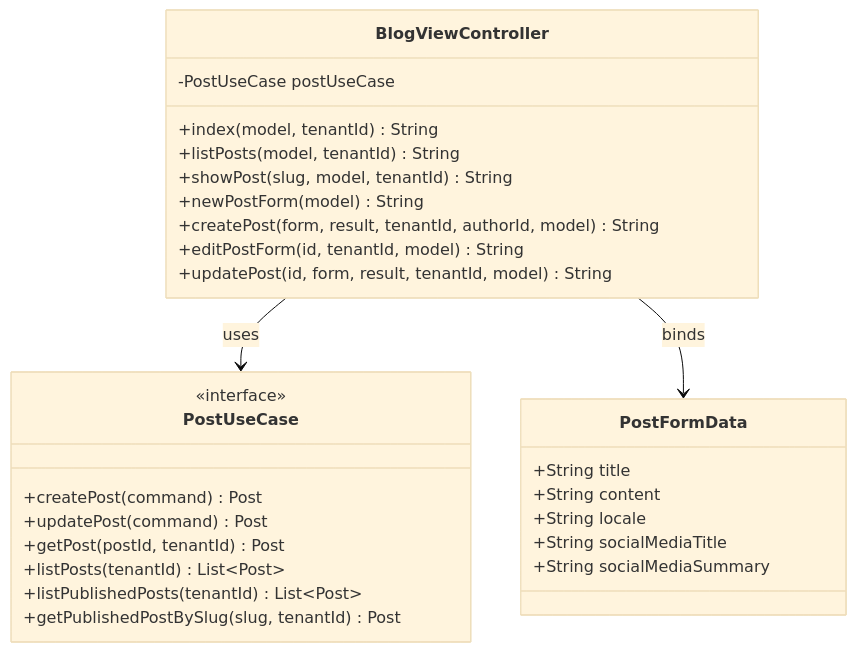
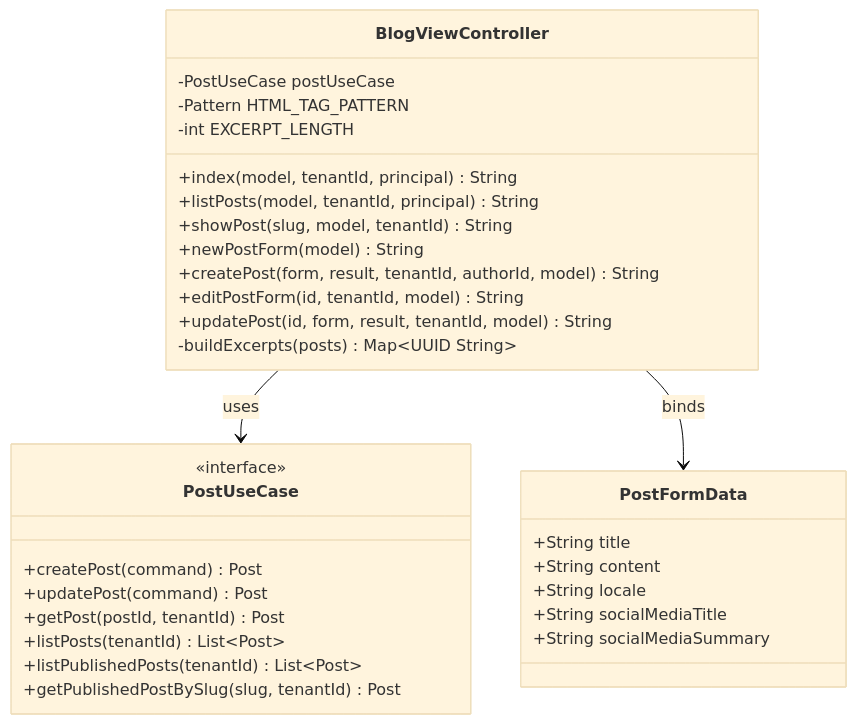
One commit to tomirgang/tomsblog changed the fourth of 12 diagrams in docs/design/modules/ROOT/pages/blog-content/index.adoc. Above: the diagram before and after it, drawn with Mermaid (base theme). The commit also changed other lines of this file and 5 other files, not shown here.

```diff
--- a/docs/design/modules/ROOT/pages/blog-content/index.adoc
+++ b/docs/design/modules/ROOT/pages/blog-content/index.adoc
@@ -350,35 +350,38 @@
 [mermaid]
 ----
 classDiagram
     class BlogViewController {
         -PostUseCase postUseCase
-        +index(model, tenantId) String
-        +listPosts(model, tenantId) String
+        -Pattern HTML_TAG_PATTERN
+        -int EXCERPT_LENGTH
+        +index(model, tenantId, principal) String
+        +listPosts(model, tenantId, principal) String
         +showPost(slug, model, tenantId) String
         +newPostForm(model) String
         +createPost(form, result, tenantId, authorId, model) String
         +editPostForm(id, tenantId, model) String
         +updatePost(id, form, result, tenantId, model) String
+        -buildExcerpts(posts) Map~UUID String~
     }
 
     class PostFormData {
         +String title
         +String content
         +String locale
         +String socialMediaTitle
         +String socialMediaSummary
     }
 
     class PostUseCase {
         <<interface>>
         +createPost(command) Post
         +updatePost(command) Post
         +getPost(postId, tenantId) Post
         +listPosts(tenantId) List~Post~
         +listPublishedPosts(tenantId) List~Post~
         +getPublishedPostBySlug(slug, tenantId) Post
     }
 
     BlogViewController --> PostUseCase : uses
     BlogViewController --> PostFormData : binds
 ----
```
